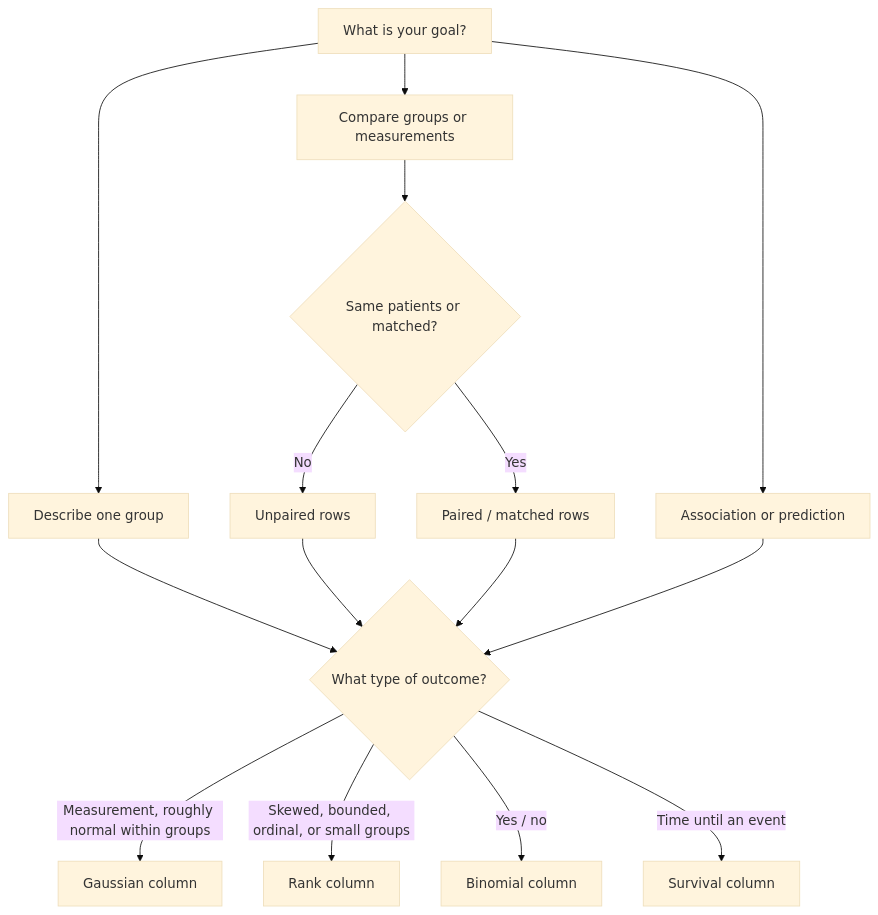
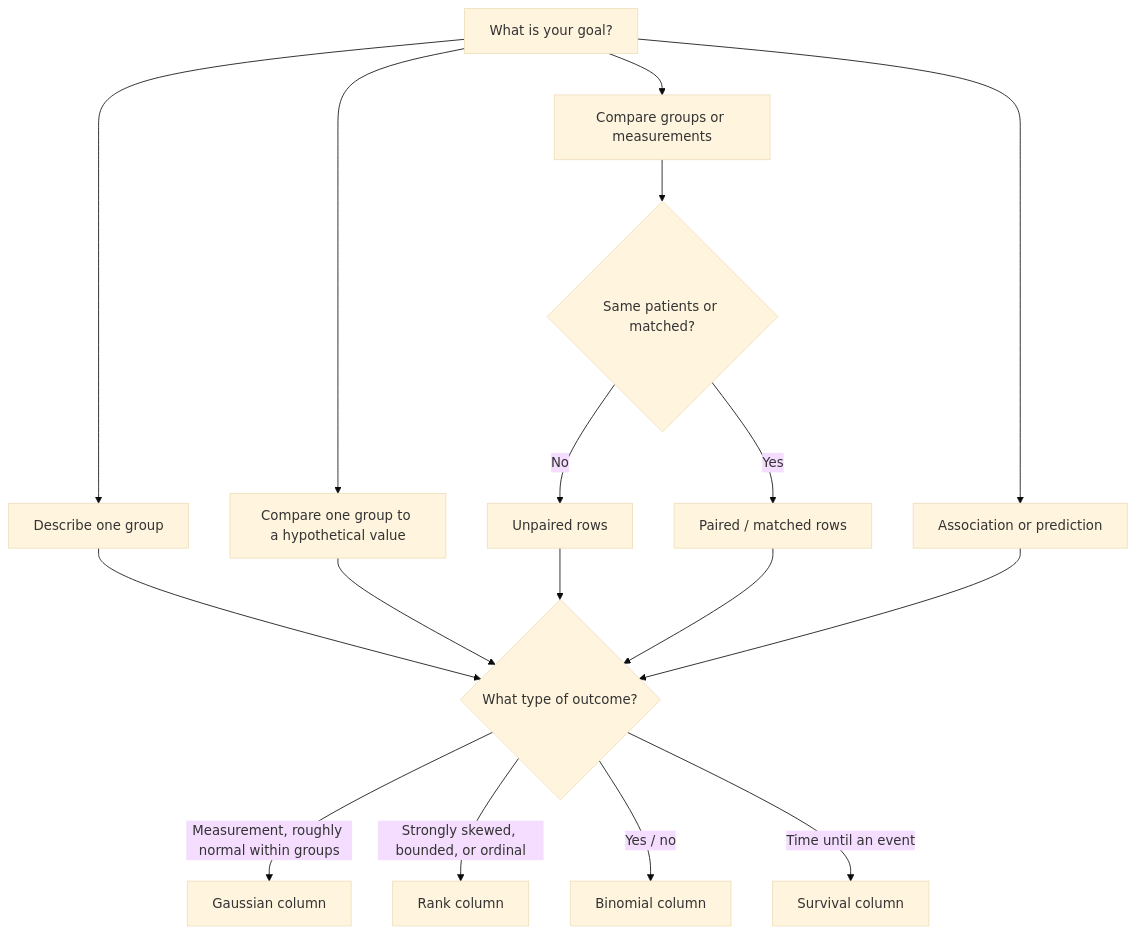
One commit to Total-Joint-Specialists/example-stats-analysis changed the diagram in foundations/03-distributions.qmd. Above: the diagram before and after it, drawn with Mermaid (base theme). The commit also changed other lines of this file and 21 other files, not shown here.

````diff
--- a/foundations/03-distributions.qmd
+++ b/foundations/03-distributions.qmd
@@ -384,17 +434,19 @@
 ```{mermaid}
 flowchart TD
   A[What is your goal?] --> B[Describe one group]
+  A --> M[Compare one group to a hypothetical value]
   A --> C[Compare groups or measurements]
   A --> D[Association or prediction]
   C --> E{Same patients or matched?}
   E -->|No| F[Unpaired rows]
   E -->|Yes| G[Paired / matched rows]
   B --> H{What type of outcome?}
+  M --> H
   F --> H
   G --> H
   D --> H
   H -->|Measurement, roughly normal within groups| I[Gaussian column]
-  H -->|Skewed, bounded, ordinal, or small groups| J[Rank column]
+  H -->|Strongly skewed, bounded, or ordinal| J[Rank column]
   H -->|Yes / no| K[Binomial column]
   H -->|Time until an event| L[Survival column]
 ```
````
